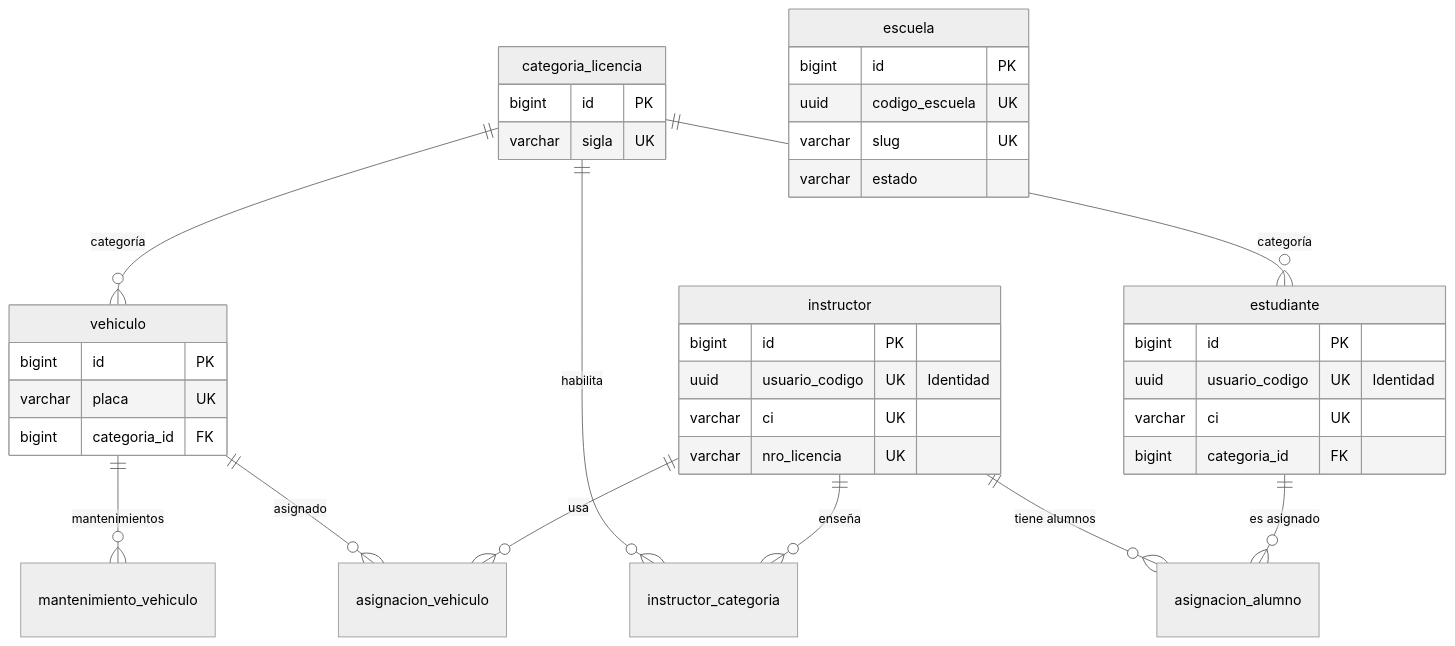
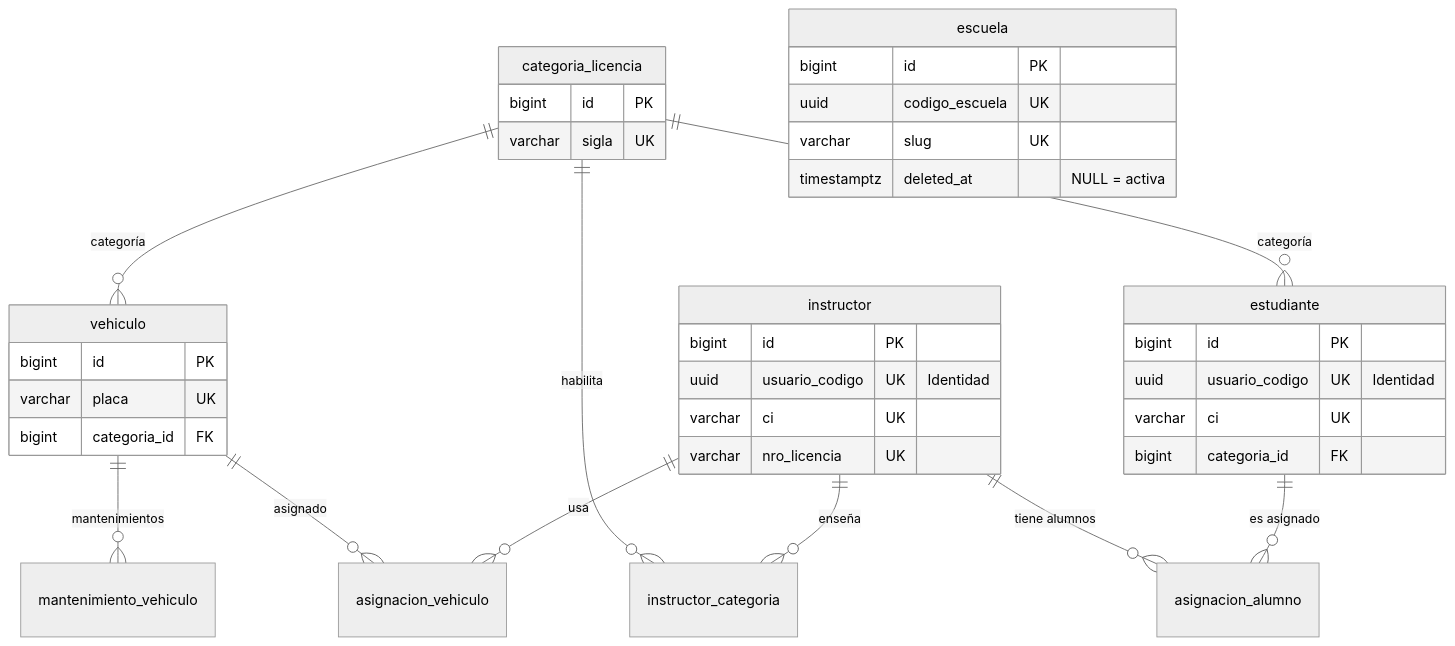
One commit to Mau8877/DriveHub changed the third of 5 diagrams in docs/DriveHub/DISENO_BASE_DE_DATOS.md. Above: the diagram before and after it, drawn with Mermaid (neutral theme). The commit also changed other lines of this file and 10 other files, not shown here.

````diff
--- a/docs/DriveHub/DISENO_BASE_DE_DATOS.md
+++ b/docs/DriveHub/DISENO_BASE_DE_DATOS.md
@@ -222,40 +222,40 @@
 ```mermaid
 erDiagram
     categoria_licencia ||--o{ estudiante : "categoría"
     categoria_licencia ||--o{ vehiculo : "categoría"
     categoria_licencia ||--o{ instructor_categoria : "habilita"
     instructor ||--o{ instructor_categoria : "enseña"
     vehiculo ||--o{ mantenimiento_vehiculo : "mantenimientos"
     vehiculo ||--o{ asignacion_vehiculo : "asignado"
     instructor ||--o{ asignacion_vehiculo : "usa"
     instructor ||--o{ asignacion_alumno : "tiene alumnos"
     estudiante ||--o{ asignacion_alumno : "es asignado"
 
     escuela {
         bigint id PK
         uuid codigo_escuela UK
         varchar slug UK
-        varchar estado
+        timestamptz deleted_at "NULL = activa"
     }
     categoria_licencia {
         bigint id PK
         varchar sigla UK
     }
     estudiante {
         bigint id PK
         uuid usuario_codigo UK "Identidad"
         varchar ci UK
         bigint categoria_id FK
     }
     instructor {
         bigint id PK
         uuid usuario_codigo UK "Identidad"
         varchar ci UK
         varchar nro_licencia UK
     }
     vehiculo {
         bigint id PK
         varchar placa UK
         bigint categoria_id FK
     }
 ```
````
